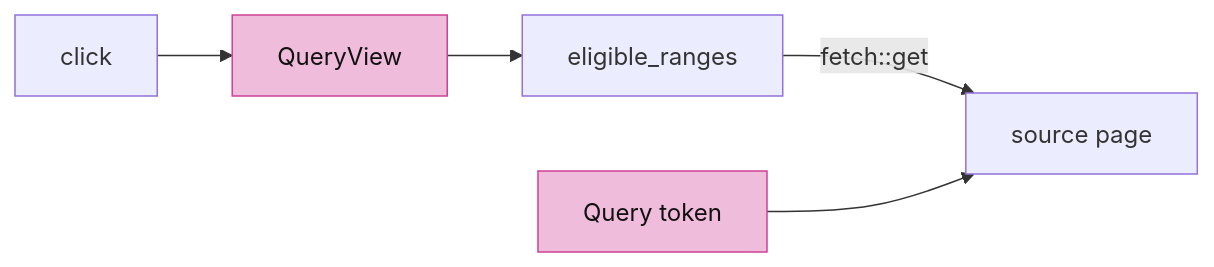
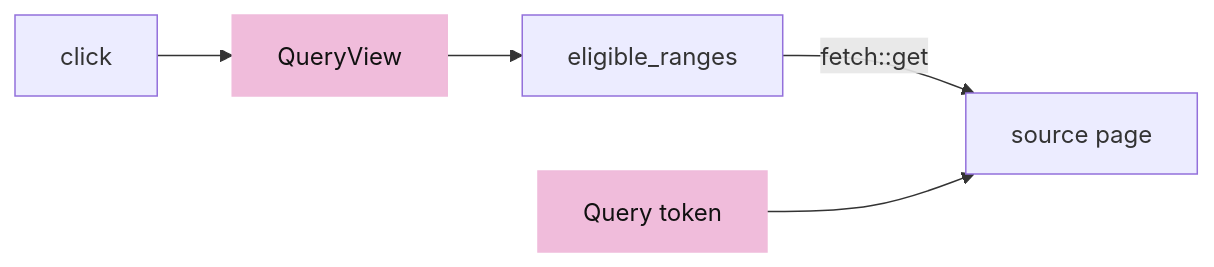
Before and after one commit to petrasvestartas/session: the fourth of 8 diagrams in session_viewer/docs/13-controls.md, drawn with Mermaid. The commit also changed other lines of this file and 324 other files, not shown here.

````diff
--- a/session_viewer/docs/13-controls.md
+++ b/session_viewer/docs/13-controls.md
@@ -69,7 +73,7 @@
 ```mermaid
 flowchart LR
     K["click"] --> V["QueryView"] --> E["eligible_ranges"] -- "fetch::get" --> P["source page"]
     Q["Query token"] --> P
-    style V fill:#f0bcdb,stroke:#ce4095,color:#111
-    style Q fill:#f0bcdb,stroke:#ce4095,color:#111
+    style V fill:#f0bcdb,stroke:#f0bcdb,color:#111
+    style Q fill:#f0bcdb,stroke:#f0bcdb,color:#111
 ```
````
